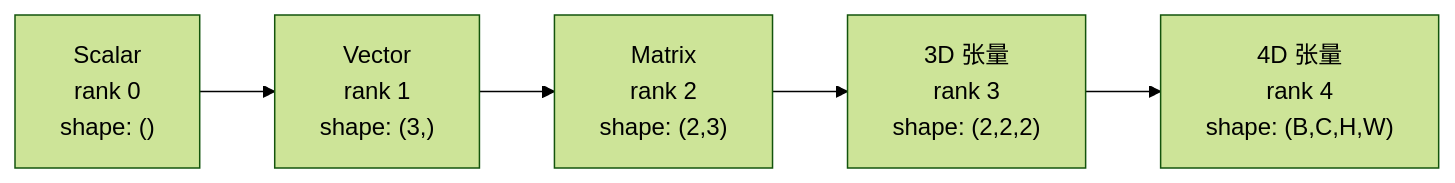
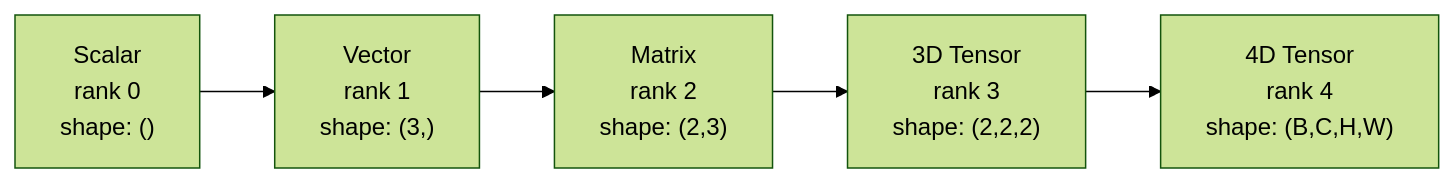
Before and after one commit to arwei944/ai-engineering-from-scratch: the first of 4 diagrams in phases/01-math-foundations/12-tensor-operations/docs/zh.md, drawn with Mermaid (forest theme). The commit also changed other lines of this file and 65 other files, not shown here.

````diff
--- a/phases/01-math-foundations/12-tensor-operations/docs/zh.md
+++ b/phases/01-math-foundations/12-tensor-operations/docs/zh.md
@@ -31,7 +31,7 @@
 ```mermaid
 graph LR
     S["Scalar<br/>rank 0<br/>shape: ()"] --> V["Vector<br/>rank 1<br/>shape: (3,)"]
     V --> M["Matrix<br/>rank 2<br/>shape: (2,3)"]
-    M --> T3["3D 张量<br/>rank 3<br/>shape: (2,2,2)"]
-    T3 --> T4["4D 张量<br/>rank 4<br/>shape: (B,C,H,W)"]
+    M --> T3["3D Tensor<br/>rank 3<br/>shape: (2,2,2)"]
+    T3 --> T4["4D Tensor<br/>rank 4<br/>shape: (B,C,H,W)"]
 ```
````
